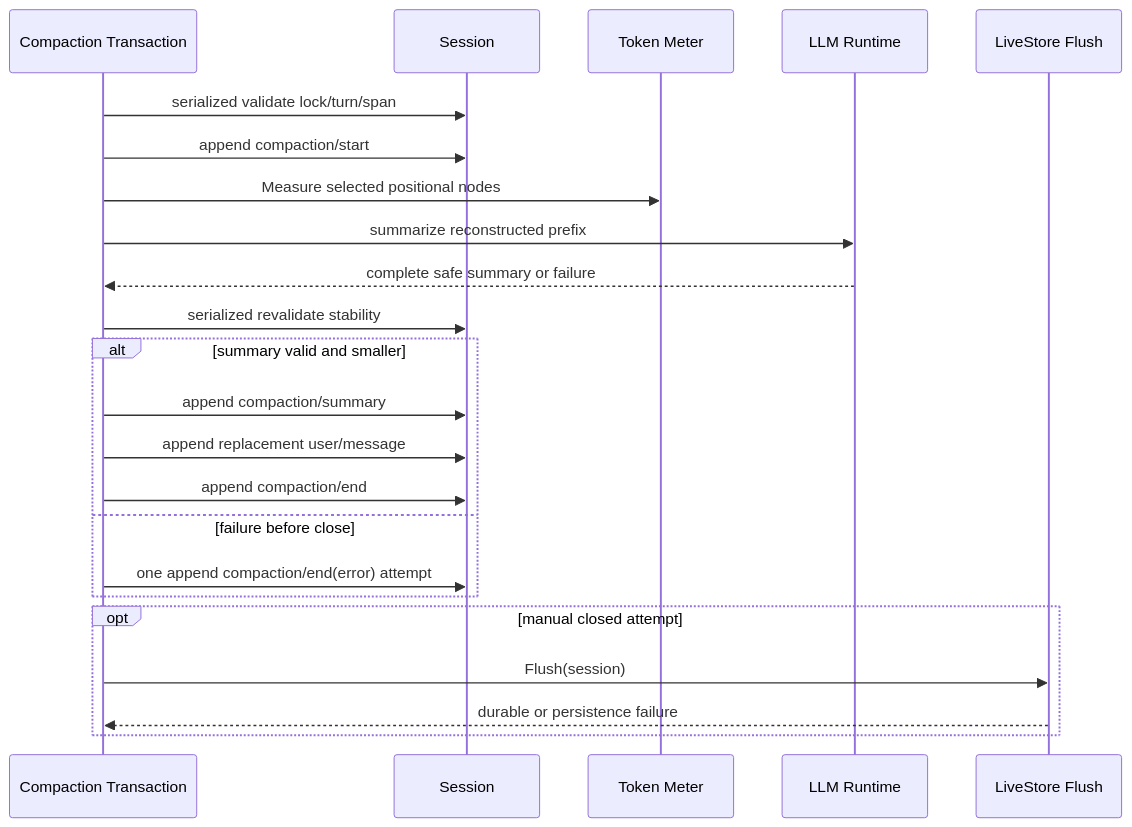
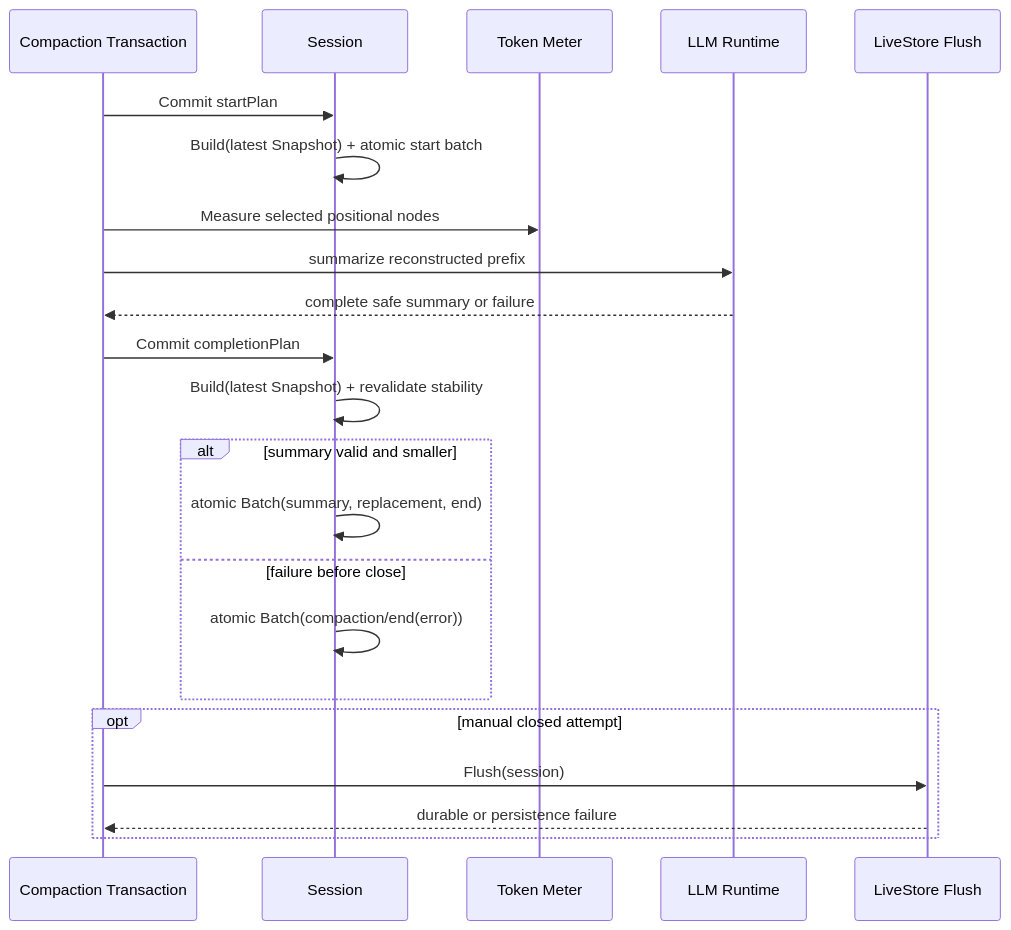
Before and after one commit to gorenx/goren: the fourth of 6 diagrams in zh-CN/24-context-compaction.md, drawn with Mermaid. The commit also changed other lines of this file and 20 other files, not shown here.

Commit message:
docs(session): document coordinated write architecture

````diff
--- a/zh-CN/24-context-compaction.md
+++ b/zh-CN/24-context-compaction.md
@@ -365,26 +365,25 @@
 ```mermaid
 sequenceDiagram
     participant C as Compaction Transaction
     participant S as Session
     participant M as Token Meter
     participant R as LLM Runtime
     participant F as LiveStore Flush
 
-    C->>S: serialized validate lock/turn/span
-    C->>S: append compaction/start
+    C->>S: Commit startPlan
+    S->>S: Build(latest Snapshot) + atomic start batch
     C->>M: Measure selected positional nodes
     C->>R: summarize reconstructed prefix
     R-->>C: complete safe summary or failure
-    C->>S: serialized revalidate stability
+    C->>S: Commit completionPlan
+    S->>S: Build(latest Snapshot) + revalidate stability
     alt summary valid and smaller
-        C->>S: append compaction/summary
-        C->>S: append replacement user/message
-        C->>S: append compaction/end
+        S->>S: atomic Batch(summary, replacement, end)
     else failure before close
-        C->>S: one append compaction/end(error) attempt
+        S->>S: atomic Batch(compaction/end(error))
     end
     opt manual closed attempt
         C->>F: Flush(session)
         F-->>C: durable or persistence failure
     end
 ```
````
